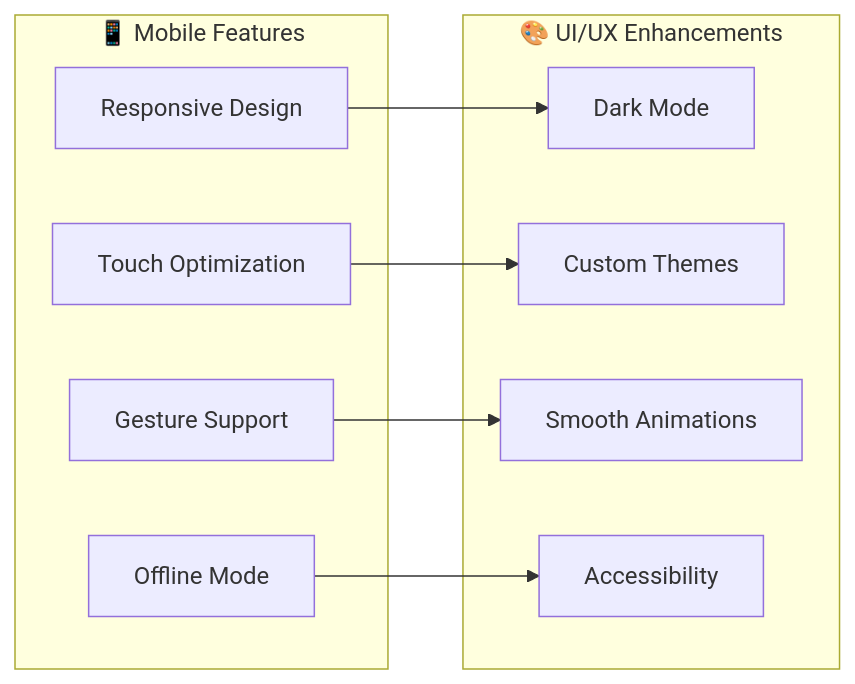
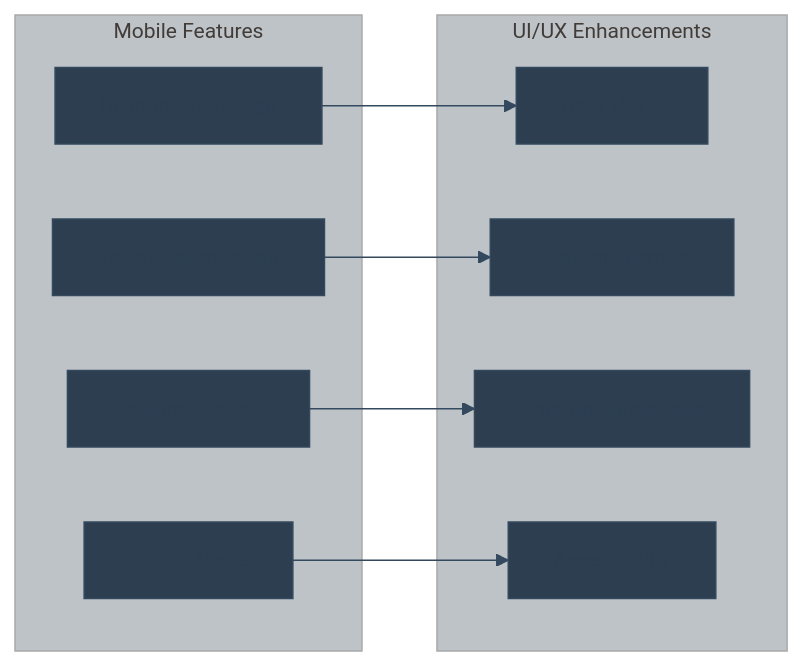
The fourth of 10 diagrams in docs/ROADMAP.md (khaosans/basic-chat), drawn with Mermaid before and after one commit. The commit also changed other lines of this file and 10 other files, not shown here.

````diff
--- a/docs/ROADMAP.md
+++ b/docs/ROADMAP.md
@@ -187,21 +186,22 @@
 ```mermaid
+%%{init: {'theme': 'base', 'themeVariables': { 'fontSize': '14px', 'fontFamily': 'arial', 'primaryColor': '#2c3e50', 'primaryTextColor': '#2c3e50', 'primaryBorderColor': '#34495e', 'lineColor': '#34495e', 'secondaryColor': '#ecf0f1', 'tertiaryColor': '#bdc3c7'}}}%%
 graph LR
-    subgraph "📱 Mobile Features"
+    subgraph "Mobile Features"
         RESPONSIVE[Responsive Design]
         TOUCH[Touch Optimization]
         GESTURES[Gesture Support]
         OFFLINE[Offline Mode]
     end
     
-    subgraph "🎨 UI/UX Enhancements"
+    subgraph "UI/UX Enhancements"
         DARK_MODE[Dark Mode]
         THEMES[Custom Themes]
         ANIMATIONS[Smooth Animations]
         ACCESSIBILITY[Accessibility]
     end
     
     RESPONSIVE --> DARK_MODE
     TOUCH --> THEMES
     GESTURES --> ANIMATIONS
     OFFLINE --> ACCESSIBILITY
 ```
````
